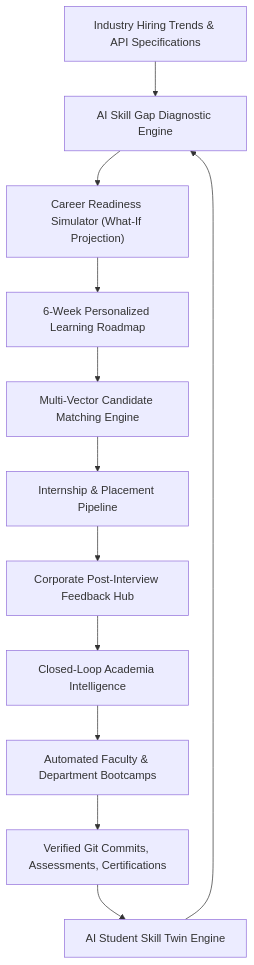
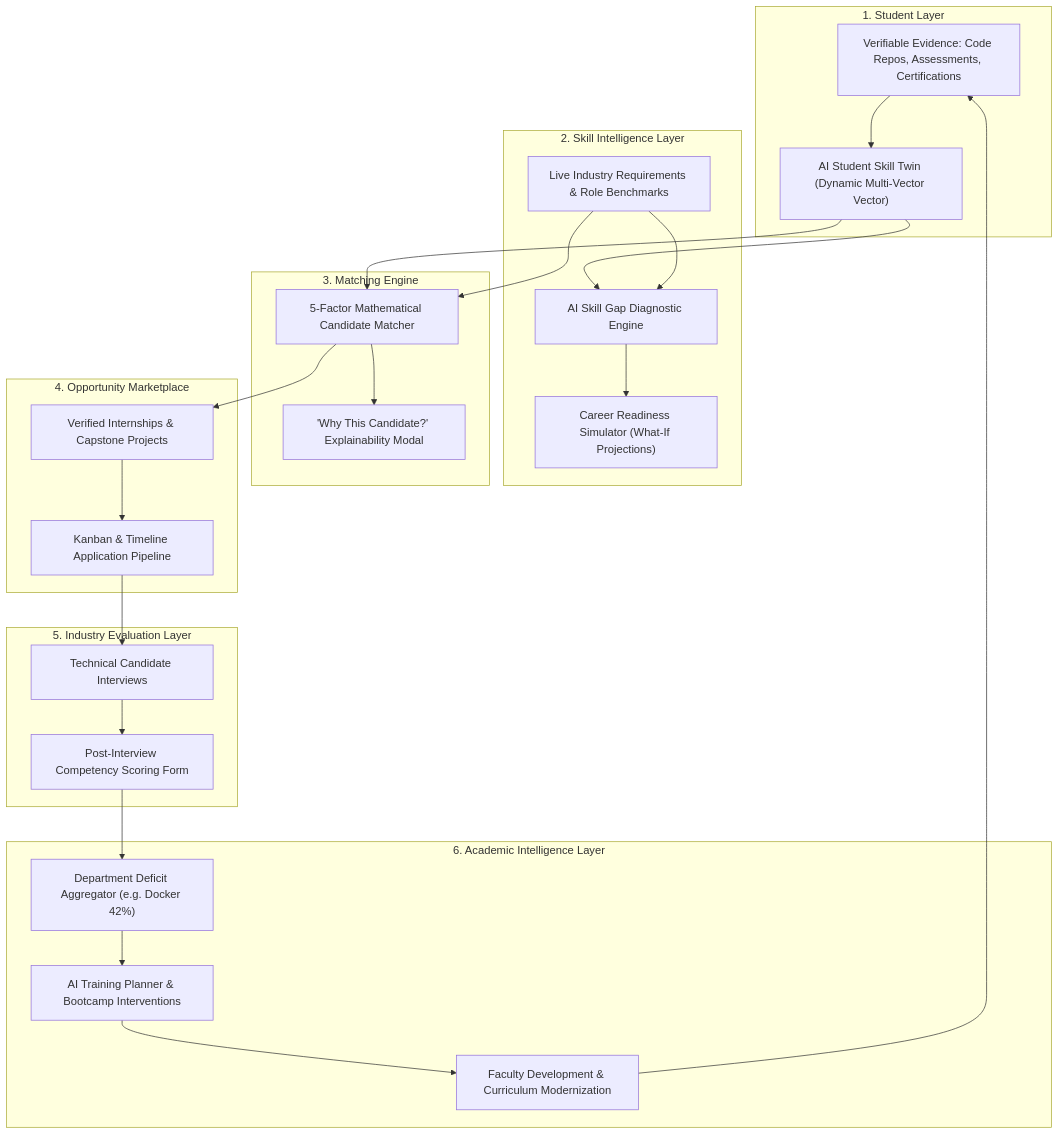
One commit to Azzu1930/skillbridge-ai changed the diagram in ARCHITECTURE.md. Above: the diagram before and after it, drawn with Mermaid. The commit also changed other lines of this file and 17 other files, not shown here.

````diff
--- a/ARCHITECTURE.md
+++ b/ARCHITECTURE.md
@@ -7,17 +13,49 @@
 ```mermaid
 graph TD
-    IndustryDemand["Industry Hiring Trends & API Specifications"] --> GapEngine["AI Skill Gap Diagnostic Engine"]
-    StudentEvidence["Verified Git Commits, Assessments, Certifications"] --> SkillTwin["AI Student Skill Twin Engine"]
-    
-    GapEngine --> Simulator["Career Readiness Simulator (What-If Projection)"]
-    SkillTwin --> GapEngine
-    
-    Simulator --> Roadmap["6-Week Personalized Learning Roadmap"]
-    Roadmap --> MatchEngine["Multi-Vector Candidate Matching Engine"]
-    MatchEngine --> ApplicationTracker["Internship & Placement Pipeline"]
-    
-    ApplicationTracker --> RecruiterFeedback["Corporate Post-Interview Feedback Hub"]
-    RecruiterFeedback --> ClosedLoop["Closed-Loop Academia Intelligence"]
-    ClosedLoop --> TrainingEngine["Automated Faculty & Department Bootcamps"]
-    TrainingEngine --> StudentEvidence
+    subgraph Layer1["1. Student Layer"]
+        Evidence["Verifiable Evidence: Code Repos, Assessments, Certifications"]
+        Twin["AI Student Skill Twin (Dynamic Multi-Vector Vector)"]
+        Evidence --> Twin
+    end
+
+    subgraph Layer2["2. Skill Intelligence Layer"]
+        IndustryDemands["Live Industry Requirements & Role Benchmarks"]
+        GapEngine["AI Skill Gap Diagnostic Engine"]
+        Twin --> GapEngine
+        IndustryDemands --> GapEngine
+        Simulator["Career Readiness Simulator (What-If Projections)"]
+        GapEngine --> Simulator
+    end
+
+    subgraph Layer3["3. Matching Engine"]
+        MatchModel["5-Factor Mathematical Candidate Matcher"]
+        Twin --> MatchModel
+        IndustryDemands --> MatchModel
+        Explain["'Why This Candidate?' Explainability Modal"]
+        MatchModel --> Explain
+    end
+
+    subgraph Layer4["4. Opportunity Marketplace"]
+        Opps["Verified Internships & Capstone Projects"]
+        Apps["Kanban & Timeline Application Pipeline"]
+        MatchModel --> Opps
+        Opps --> Apps
+    end
+
+    subgraph Layer5["5. Industry Evaluation Layer"]
+        Interviews["Technical Candidate Interviews"]
+        Feedback["Post-Interview Competency Scoring Form"]
+        Apps --> Interviews
+        Interviews --> Feedback
+    end
+
+    subgraph Layer6["6. Academic Intelligence Layer"]
+        Aggregator["Department Deficit Aggregator (e.g. Docker 42%)"]
+        Training["AI Training Planner & Bootcamp Interventions"]
+        Curriculum["Faculty Development & Curriculum Modernization"]
+        Feedback --> Aggregator
+        Aggregator --> Training
+        Training --> Curriculum
+        Curriculum --> Evidence
+    end
 ```
````
